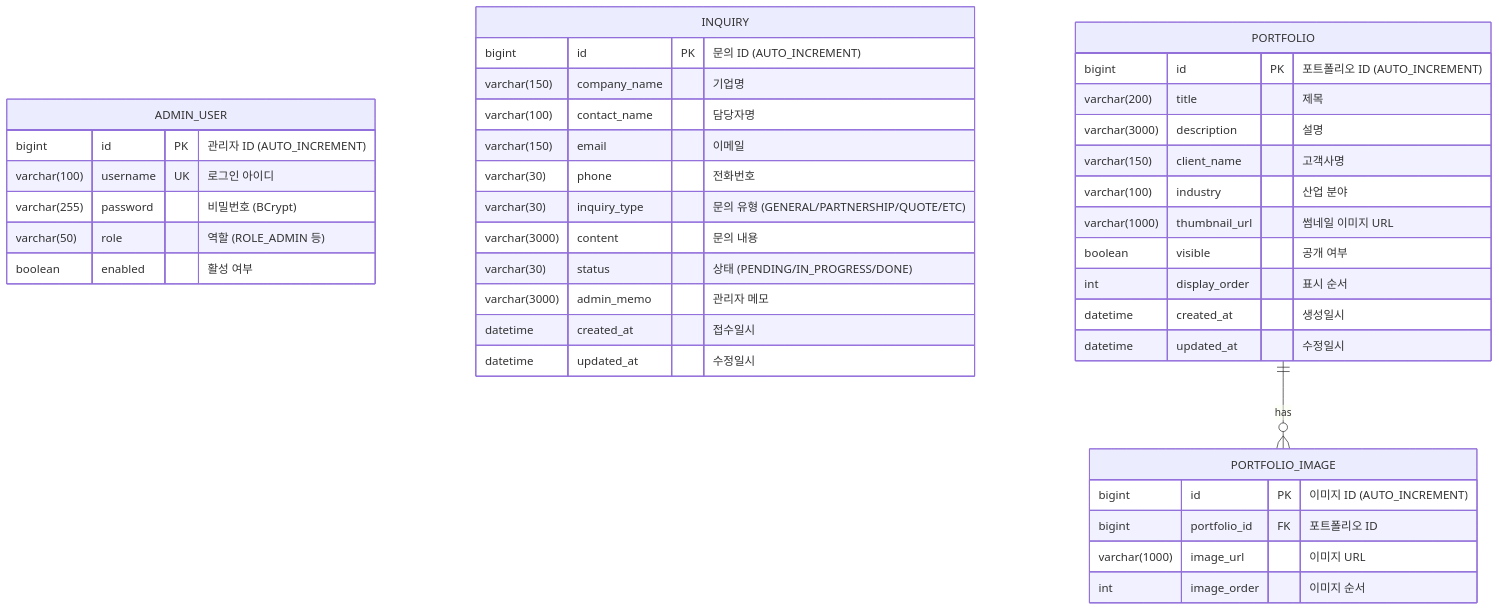
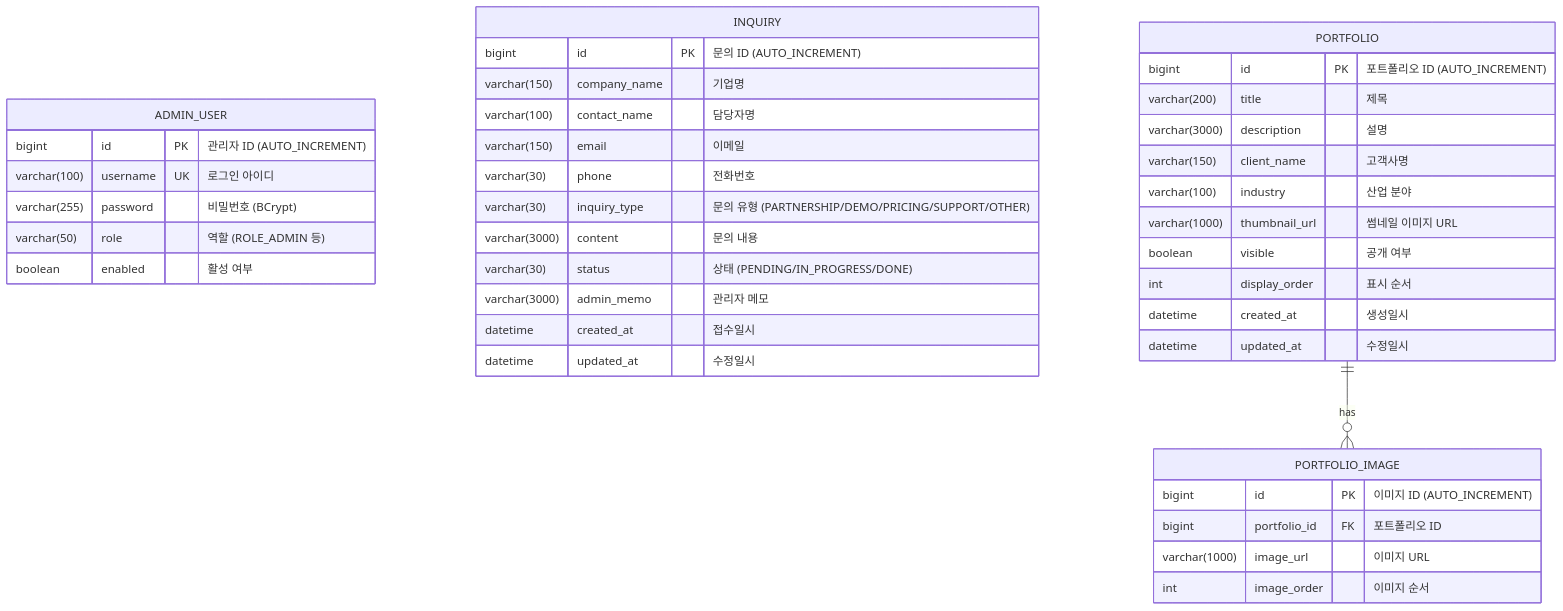
Before and after one commit to 20251029-hanhwa-swcamp-22th/be22-4st-team2-project: the diagram in README.md, drawn with Mermaid. The commit also changed 3 other files, not shown here.

First line of the commit message:
docs: ERD/API 문서 정합성 수정 및 담당자 이관 반영

````diff
--- a/README.md
+++ b/README.md
@@ -53,46 +53,46 @@
 ```mermaid
 erDiagram
     ADMIN_USER {
         bigint id PK "관리자 ID (AUTO_INCREMENT)"
         varchar(100) username UK "로그인 아이디"
         varchar(255) password "비밀번호 (BCrypt)"
         varchar(50) role "역할 (ROLE_ADMIN 등)"
         boolean enabled "활성 여부"
     }
 
     INQUIRY {
         bigint id PK "문의 ID (AUTO_INCREMENT)"
         varchar(150) company_name "기업명"
         varchar(100) contact_name "담당자명"
         varchar(150) email "이메일"
         varchar(30) phone "전화번호"
-        varchar(30) inquiry_type "문의 유형 (GENERAL/PARTNERSHIP/QUOTE/ETC)"
+        varchar(30) inquiry_type "문의 유형 (PARTNERSHIP/DEMO/PRICING/SUPPORT/OTHER)"
         varchar(3000) content "문의 내용"
         varchar(30) status "상태 (PENDING/IN_PROGRESS/DONE)"
         varchar(3000) admin_memo "관리자 메모"
         datetime created_at "접수일시"
         datetime updated_at "수정일시"
     }
 
     PORTFOLIO {
         bigint id PK "포트폴리오 ID (AUTO_INCREMENT)"
         varchar(200) title "제목"
         varchar(3000) description "설명"
         varchar(150) client_name "고객사명"
         varchar(100) industry "산업 분야"
         varchar(1000) thumbnail_url "썸네일 이미지 URL"
         boolean visible "공개 여부"
         int display_order "표시 순서"
         datetime created_at "생성일시"
         datetime updated_at "수정일시"
     }
 
     PORTFOLIO_IMAGE {
         bigint id PK "이미지 ID (AUTO_INCREMENT)"
         bigint portfolio_id FK "포트폴리오 ID"
         varchar(1000) image_url "이미지 URL"
         int image_order "이미지 순서"
     }
 
     PORTFOLIO ||--o{ PORTFOLIO_IMAGE : "has"
 ```
````
